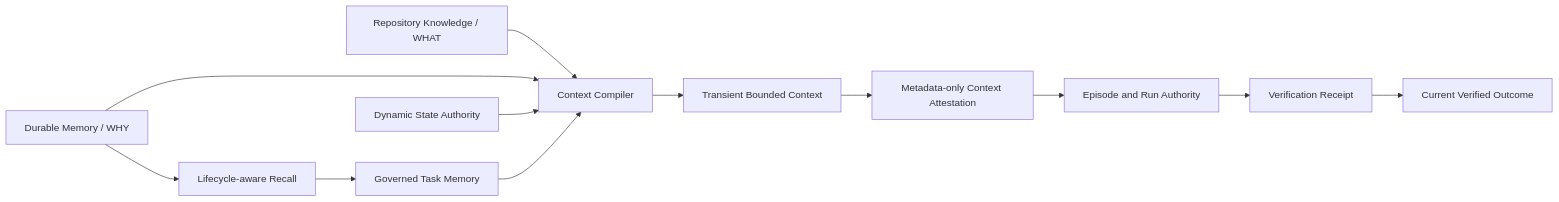
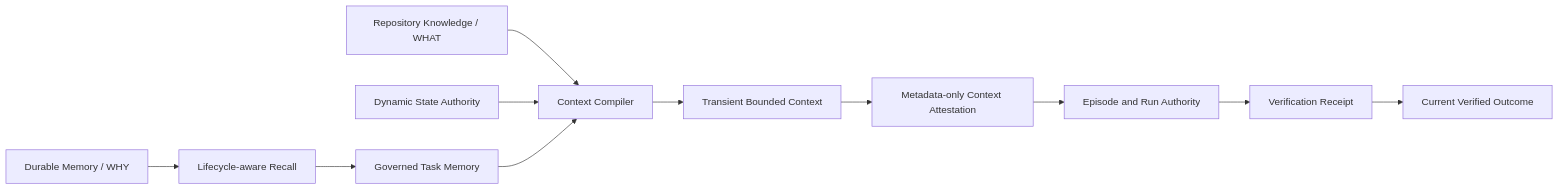
The diagram in README.md (zzhang82/Agent-Memory-Bridge), drawn with Mermaid before and after one commit. The commit also changed other lines of this file and 13 other files, not shown here.

````diff
--- a/README.md
+++ b/README.md
@@ -41,14 +43,13 @@
 ```mermaid
 flowchart LR
     A[Durable Memory / WHY] --> C[Lifecycle-aware Recall]
     B[Repository Knowledge / WHAT] --> D[Context Compiler]
-    A --> D
     S[Dynamic State Authority] --> D
     C --> E[Governed Task Memory]
     E --> D
     D --> F[Transient Bounded Context]
     F --> G[Metadata-only Context Attestation]
     G --> H[Episode and Run Authority]
     H --> I[Verification Receipt]
     I --> J[Current Verified Outcome]
 ```
````
